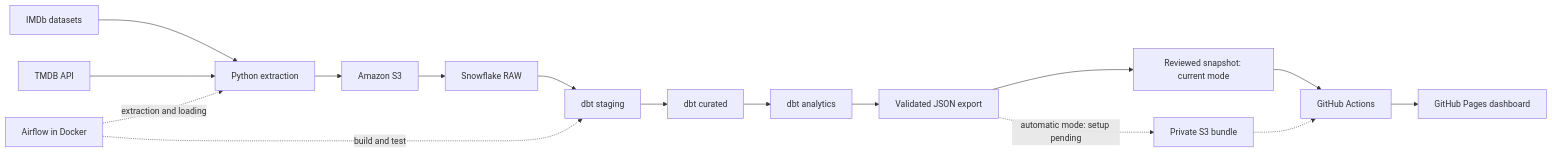
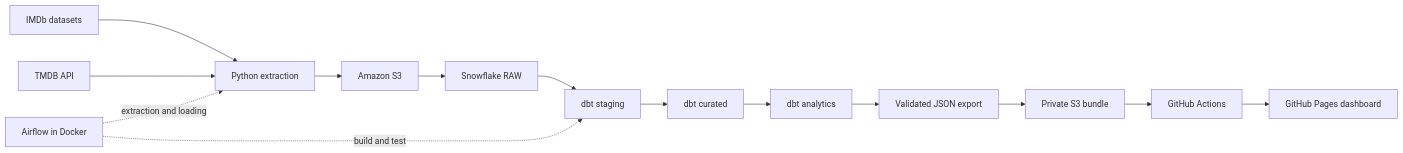
Before and after one commit to ishuapurva1996/movie-analytics-pipeline: the diagram in README.md, drawn with Mermaid. The commit also changed other lines of this file and 1 other file, not shown here.

First line of the commit message:
docs(dashboard): record verified automatic refresh setup

````diff
--- a/README.md
+++ b/README.md
@@ -44,18 +44,16 @@
 ```mermaid
 flowchart LR
     IMDb[IMDb datasets] --> Extract[Python extraction]
     TMDB[TMDB API] --> Extract
     Extract --> S3[Amazon S3]
     S3 --> RAW[Snowflake RAW]
     RAW --> Staging[dbt staging]
     Staging --> Curated[dbt curated]
     Curated --> Analytics[dbt analytics]
     Analytics --> Export[Validated JSON export]
-    Export --> Snapshot[Reviewed snapshot: current mode]
-    Snapshot --> Actions[GitHub Actions]
+    Export --> Private[Private S3 bundle]
+    Private --> Actions[GitHub Actions]
     Actions --> Pages[GitHub Pages dashboard]
-    Export -. automatic mode: setup pending .-> Private[Private S3 bundle]
-    Private -.-> Actions
     Airflow[Airflow in Docker] -. extraction and loading .-> Extract
     Airflow -. build and test .-> Staging
 ```
````
